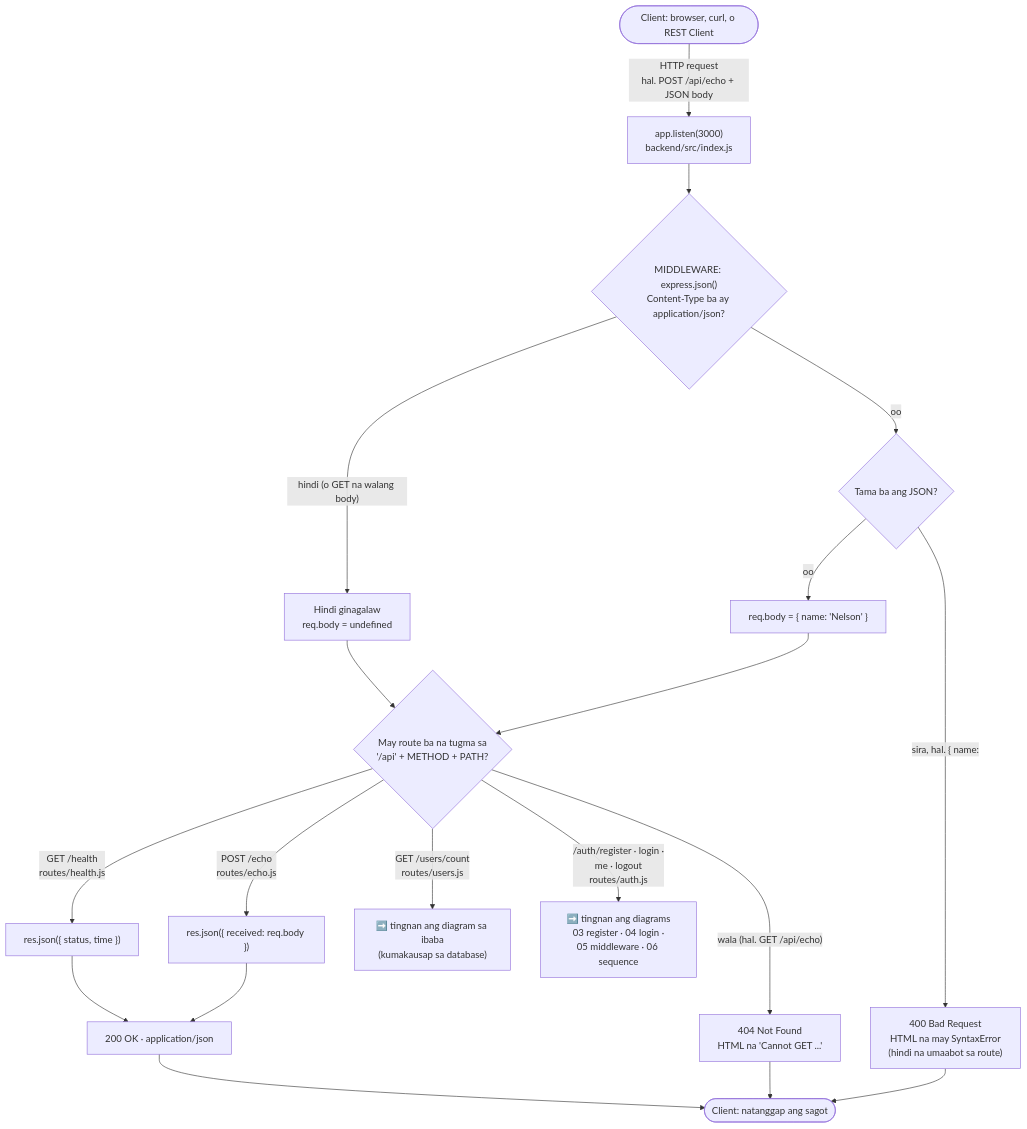
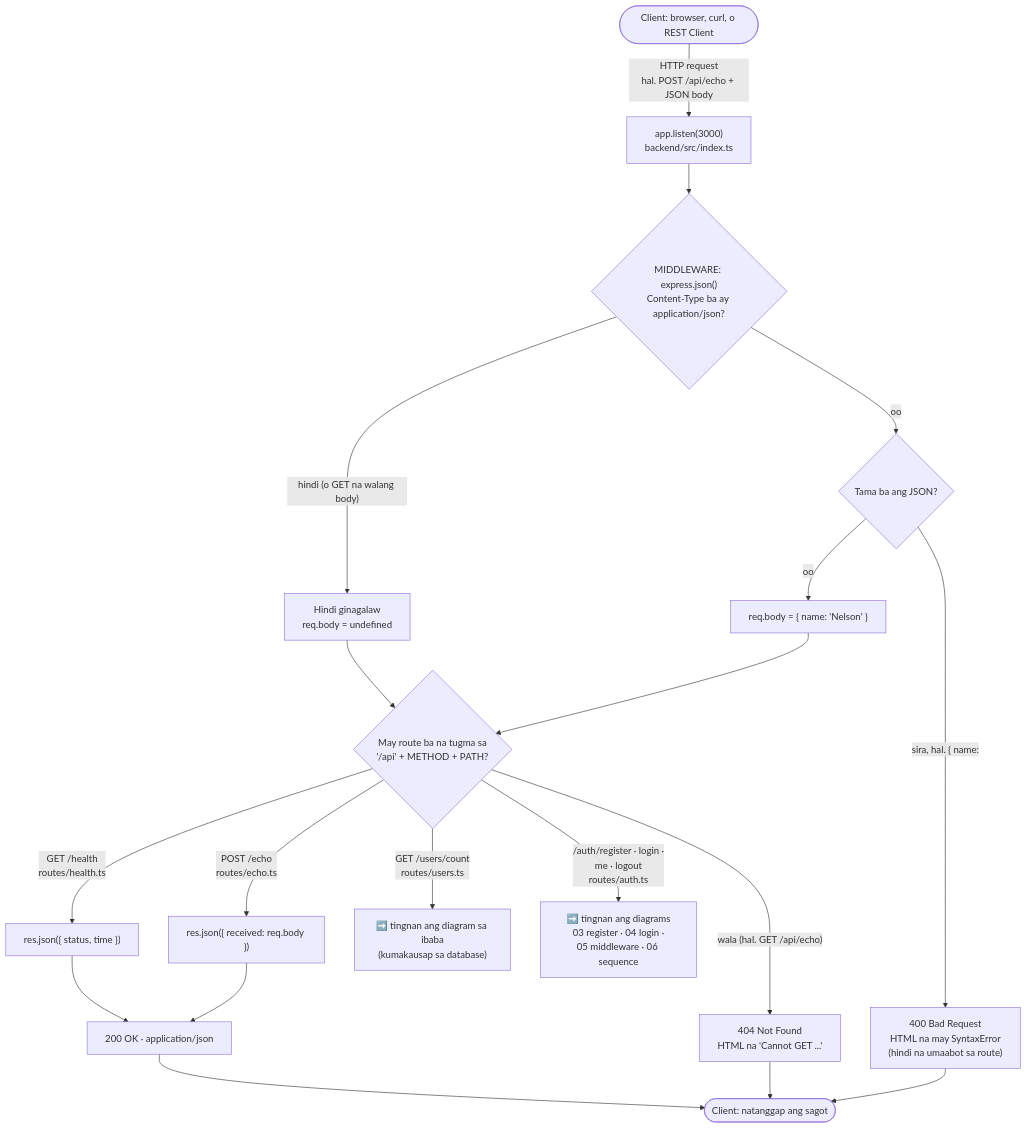
Before and after one commit to nelson1869-ai/auth-learning: the first of 2 diagrams in docs/diagrams/01-request-lifecycle.md, drawn with Mermaid. The commit also changed other lines of this file and 20 other files, not shown here.

Commit message:
docs: .ts file names in diagrams and .http files, architecture, day 30-32 notes

````diff
--- a/docs/diagrams/01-request-lifecycle.md
+++ b/docs/diagrams/01-request-lifecycle.md
@@ -10,21 +10,21 @@
 ```mermaid
 flowchart TD
-    Start(["Client: browser, curl, o REST Client"]) -->|"HTTP request<br/>hal. POST /api/echo + JSON body"| Listen["app.listen(3000)<br/>backend/src/index.js"]
+    Start(["Client: browser, curl, o REST Client"]) -->|"HTTP request<br/>hal. POST /api/echo + JSON body"| Listen["app.listen(3000)<br/>backend/src/index.ts"]
     Listen --> Json{"MIDDLEWARE: express.json()<br/>Content-Type ba ay application/json?"}
     Json -->|"hindi (o GET na walang body)"| Skip["Hindi ginagalaw<br/>req.body = undefined"]
     Json -->|"oo"| Parse{"Tama ba ang JSON?"}
     Parse -->|"oo"| Body["req.body = { name: 'Nelson' }"]
     Parse -->|"sira, hal. { name:"| Bad["400 Bad Request<br/>HTML na may SyntaxError<br/>(hindi na umaabot sa route)"]
     Skip --> Match
     Body --> Match{"May route ba na tugma sa<br/>'/api' + METHOD + PATH?"}
-    Match -->|"GET /health<br/>routes/health.js"| Health["res.json({ status, time })"]
-    Match -->|"POST /echo<br/>routes/echo.js"| Echo["res.json({ received: req.body })"]
-    Match -->|"GET /users/count<br/>routes/users.js"| Users["➡️ tingnan ang diagram sa ibaba<br/>(kumakausap sa database)"]
-    Match -->|"/auth/register · login ·<br/>me · logout<br/>routes/auth.js"| AuthR["➡️ tingnan ang diagrams<br/>03 register · 04 login ·<br/>05 middleware · 06 sequence"]
+    Match -->|"GET /health<br/>routes/health.ts"| Health["res.json({ status, time })"]
+    Match -->|"POST /echo<br/>routes/echo.ts"| Echo["res.json({ received: req.body })"]
+    Match -->|"GET /users/count<br/>routes/users.ts"| Users["➡️ tingnan ang diagram sa ibaba<br/>(kumakausap sa database)"]
+    Match -->|"/auth/register · login ·<br/>me · logout<br/>routes/auth.ts"| AuthR["➡️ tingnan ang diagrams<br/>03 register · 04 login ·<br/>05 middleware · 06 sequence"]
     Match -->|"wala (hal. GET /api/echo)"| NotFound["404 Not Found<br/>HTML na 'Cannot GET ...'"]
     Health --> OK["200 OK · application/json"]
     Echo --> OK
     OK --> Done(["Client: natanggap ang sagot"])
     Bad --> Done
     NotFound --> Done
 ```
````
